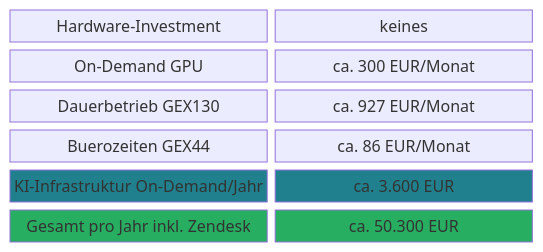
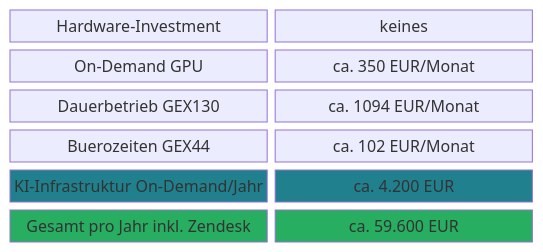
One commit to tekknix/zendesk-ai changed the eighth of 11 diagrams in readme.md. Above: the diagram before and after it, drawn with Mermaid. The commit also changed other lines of this file, not shown here.

````diff
--- a/readme.md
+++ b/readme.md
@@ -190,15 +190,15 @@
 ```mermaid
 block-beta
     columns 2
     A["Hardware-Investment"]:1 B["keines"]:1
-    C["On-Demand GPU"]:1 D["ca. 300 EUR/Monat"]:1
-    E["Dauerbetrieb GEX130"]:1 F["ca. 927 EUR/Monat"]:1
-    G["Buerozeiten GEX44"]:1 H["ca. 86 EUR/Monat"]:1
-    I["KI-Infrastruktur On-Demand/Jahr"]:1 J["ca. 3.600 EUR"]:1
-    K["Gesamt pro Jahr inkl. Zendesk"]:1 L["ca. 50.300 EUR"]:1
+    C["On-Demand GPU"]:1 D["ca. 350 EUR/Monat"]:1
+    E["Dauerbetrieb GEX130"]:1 F["ca. 1094 EUR/Monat"]:1
+    G["Buerozeiten GEX44"]:1 H["ca. 102 EUR/Monat"]:1
+    I["KI-Infrastruktur On-Demand/Jahr"]:1 J["ca. 4.200 EUR"]:1
+    K["Gesamt pro Jahr inkl. Zendesk"]:1 L["ca. 59.600 EUR"]:1
 
     style I fill:#20808D,color:#fff
     style J fill:#20808D,color:#fff
     style K fill:#27AE60,color:#fff
     style L fill:#27AE60,color:#fff
 ```
````
